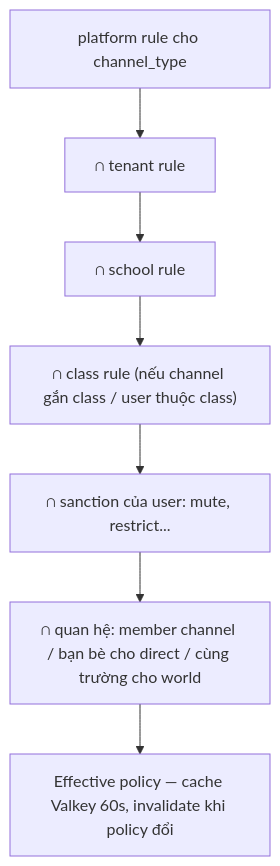
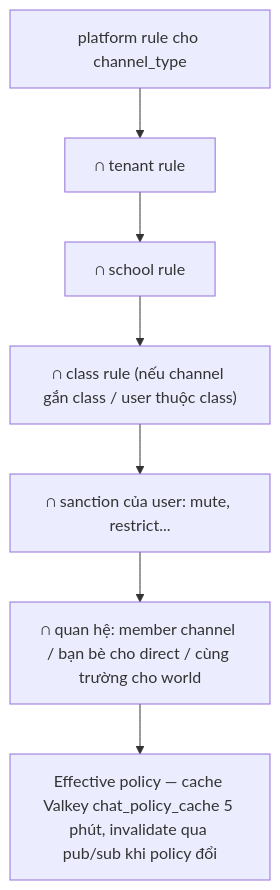
Before and after one commit to tanguyen2020/eduworld-platform: the first of 4 diagrams in docs/03-social-multiplayer/CHAT_SYSTEM.md, drawn with Mermaid. The commit also changed other lines of this file and 922 other files, not shown here.

````diff
--- a/docs/03-social-multiplayer/CHAT_SYSTEM.md
+++ b/docs/03-social-multiplayer/CHAT_SYSTEM.md
@@ -69,9 +70,9 @@
 ```mermaid
 flowchart TD
   A[platform rule cho channel_type] --> B[∩ tenant rule]
   B --> C[∩ school rule]
   C --> D["∩ class rule (nếu channel gắn class / user thuộc class)"]
   D --> E["∩ sanction của user: mute, restrict..."]
   E --> F["∩ quan hệ: member channel / bạn bè cho direct / cùng trường cho world"]
-  F --> G[Effective policy — cache Valkey 60s, invalidate khi policy đổi]
+  F --> G[Effective policy — cache Valkey chat_policy_cache 5 phút, invalidate qua pub/sub khi policy đổi]
 ```
````
